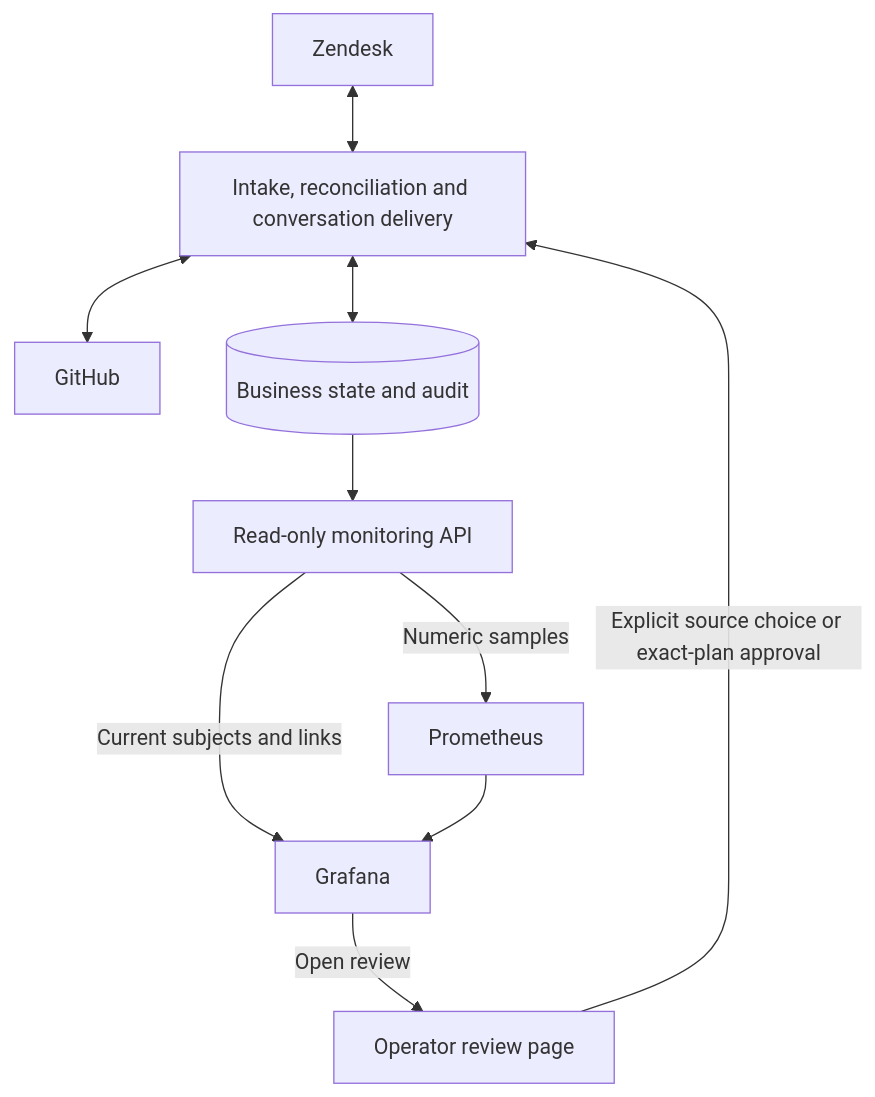
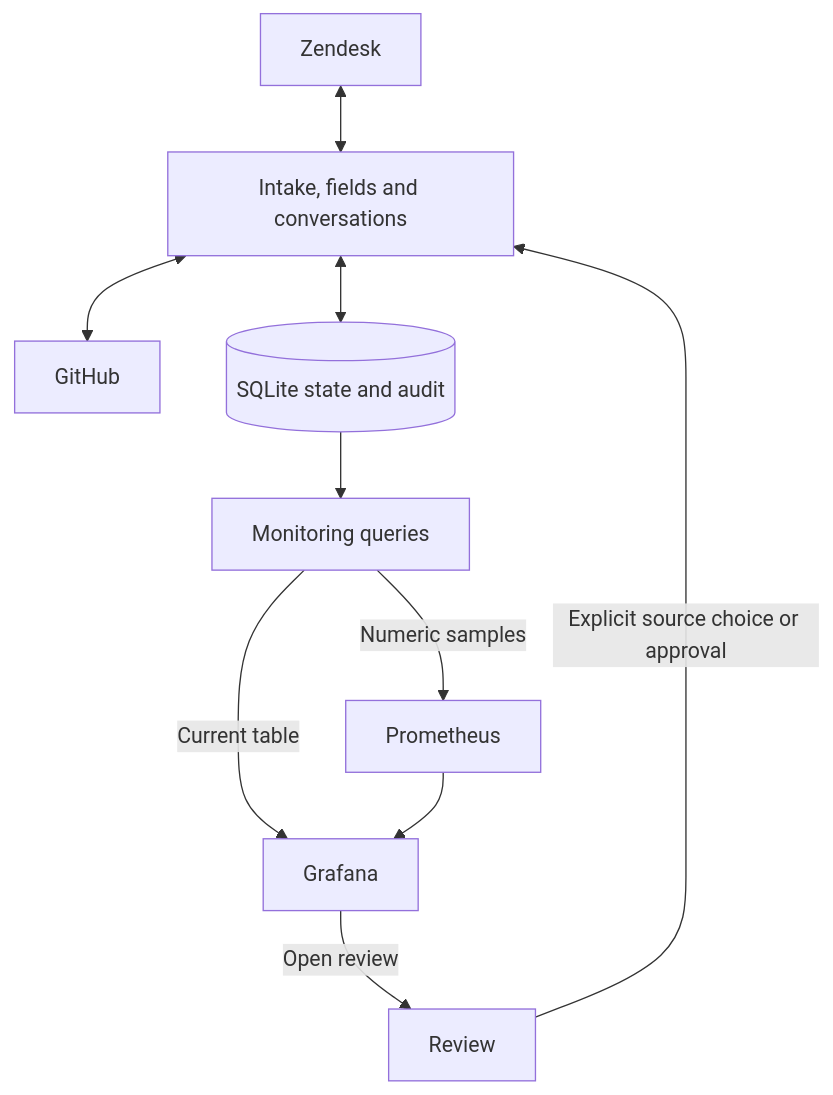
One commit to AlbertFlorescu/support-bridge changed the diagram in README.md. Above: the diagram before and after it, drawn with Mermaid. The commit also changed other lines of this file and 22 other files, not shown here.

```diff
--- a/README.md
+++ b/README.md
@@ -51,12 +28,12 @@
 ~~~mermaid
 flowchart TB
-    ZD["Zendesk"] <--> Workflow["Intake, reconciliation and conversation delivery"]
-    Workflow <--> GH["GitHub"]
-    Workflow <--> Store[("Business state and audit")]
-    Store --> Read["Read-only monitoring API"]
-    Read -->|"Current subjects and links"| Grafana["Grafana"]
-    Read -->|"Numeric samples"| Prometheus["Prometheus"]
+    Zendesk <--> Bridge["Intake, fields and conversations"]
+    Bridge <--> GitHub
+    Bridge <--> State[("SQLite state and audit")]
+    State --> Read["Monitoring queries"]
+    Read -->|"Current table"| Grafana
+    Read -->|"Numeric samples"| Prometheus
     Prometheus --> Grafana
-    Grafana -->|"Open review"| Review["Operator review page"]
-    Review -->|"Explicit source choice or exact-plan approval"| Workflow
+    Grafana -->|"Open review"| Review
+    Review -->|"Explicit source choice or approval"| Bridge
 ~~~
```
